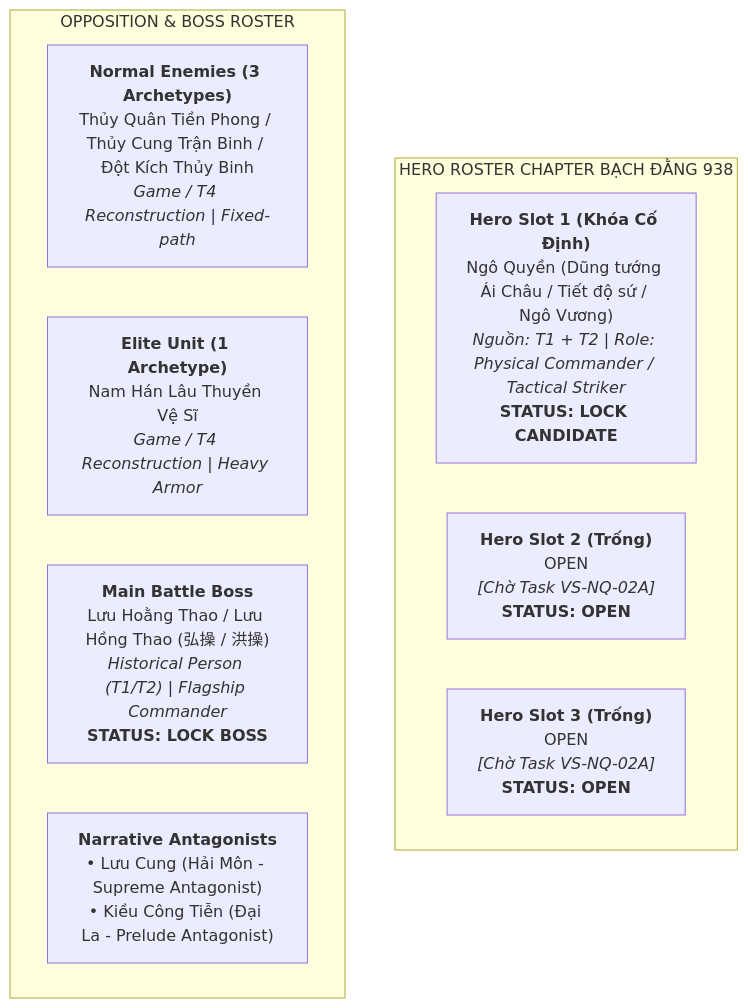
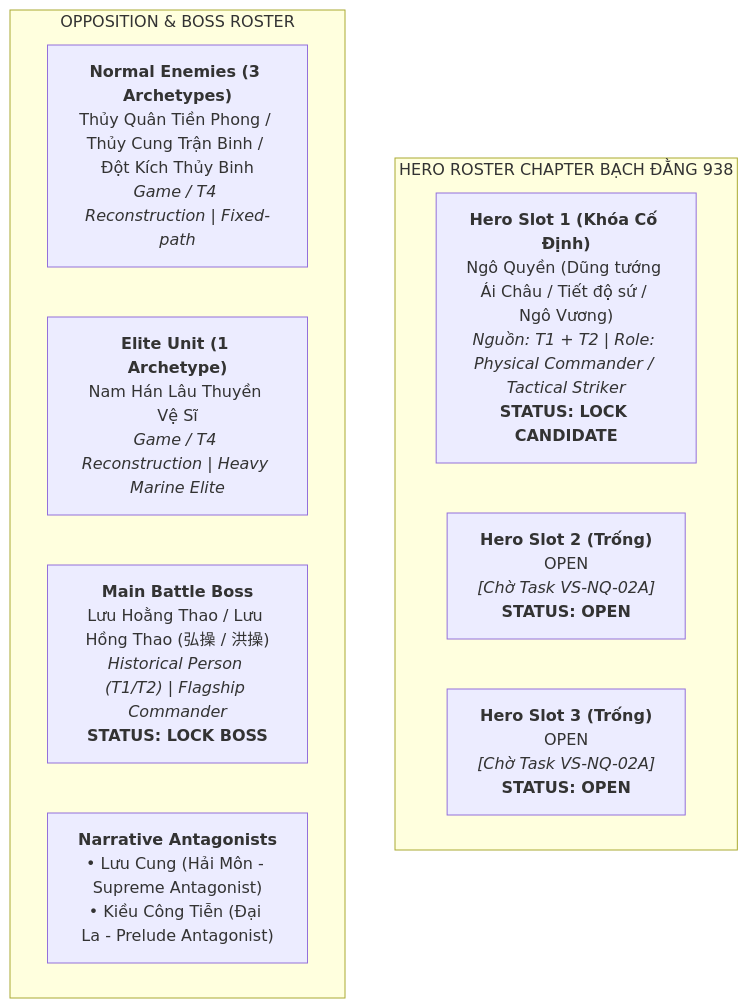
Before and after one commit to LightDucan/HuyenSu-TD: the diagram in docs/drafts/viet-su/ngo-quyen-938-playable/README.md, drawn with Mermaid. The commit also changed 3 other files, not shown here.

````diff
--- a/docs/drafts/viet-su/ngo-quyen-938-playable/README.md
+++ b/docs/drafts/viet-su/ngo-quyen-938-playable/README.md
@@ -34,17 +34,17 @@
 ```mermaid
 graph TD
     subgraph HERO ROSTER CHAPTER BẠCH ĐẰNG 938
         H1["<b>Hero Slot 1 (Khóa Cố Định)</b><br>Ngô Quyền (Dũng tướng Ái Châu / Tiết độ sứ / Ngô Vương)<br><i>Nguồn: T1 + T2 | Role: Physical Commander / Tactical Striker</i><br><b>STATUS: LOCK CANDIDATE</b>"]
 
         H2["<b>Hero Slot 2 (Trống)</b><br>OPEN<br><i>[Chờ Task VS-NQ-02A]</i><br><b>STATUS: OPEN</b>"]
 
         H3["<b>Hero Slot 3 (Trống)</b><br>OPEN<br><i>[Chờ Task VS-NQ-02A]</i><br><b>STATUS: OPEN</b>"]
     end
 
     subgraph OPPOSITION & BOSS ROSTER
         E1["<b>Normal Enemies (3 Archetypes)</b><br>Thủy Quân Tiền Phong / Thủy Cung Trận Binh / Đột Kích Thủy Binh<br><i>Game / T4 Reconstruction | Fixed-path</i>"]
-        EL["<b>Elite Unit (1 Archetype)</b><br>Nam Hán Lâu Thuyền Vệ Sĩ<br><i>Game / T4 Reconstruction | Heavy Armor</i>"]
+        EL["<b>Elite Unit (1 Archetype)</b><br>Nam Hán Lâu Thuyền Vệ Sĩ<br><i>Game / T4 Reconstruction | Heavy Marine Elite</i>"]
         B1["<b>Main Battle Boss</b><br>Lưu Hoằng Thao / Lưu Hồng Thao (弘操 / 洪操)<br><i>Historical Person (T1/T2) | Flagship Commander</i><br><b>STATUS: LOCK BOSS</b>"]
         NA["<b>Narrative Antagonists</b><br>• Lưu Cung (Hải Môn - Supreme Antagonist)<br>• Kiều Công Tiễn (Đại La - Prelude Antagonist)"]
     end
 ```
````
